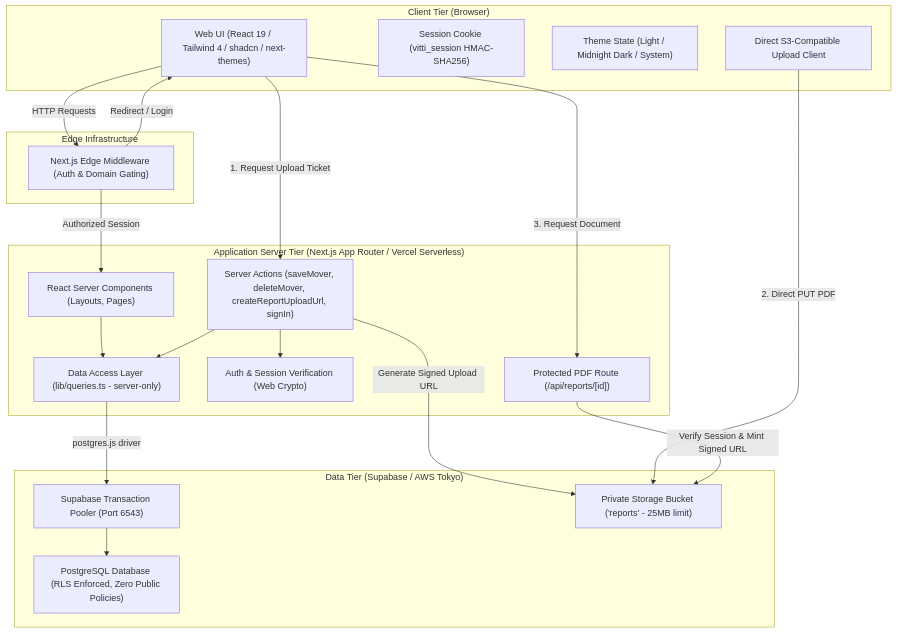
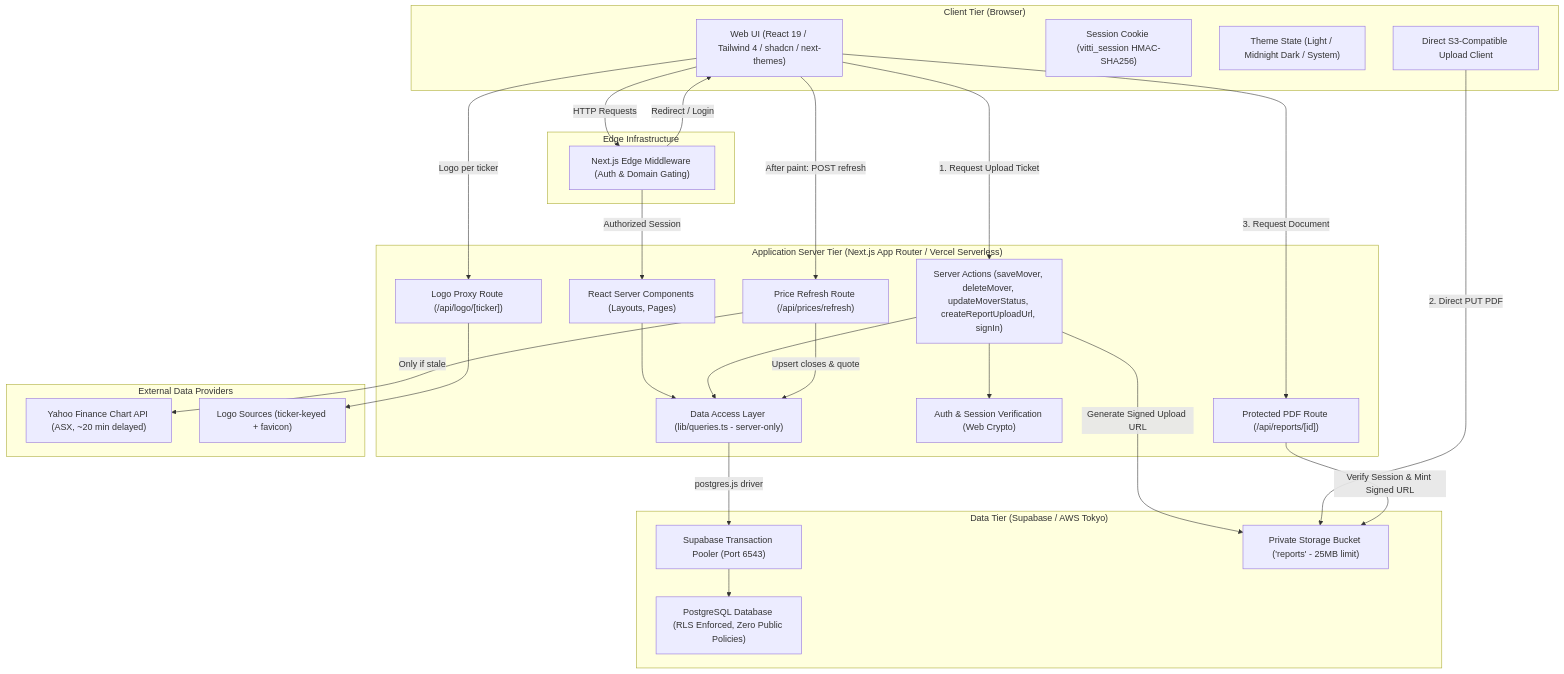
The first of 3 diagrams in docs/HLD.md (Vitti-Capital-Tech/daily-movers-dashboard), drawn with Mermaid before and after one commit. The commit also changed other lines of this file and 18 other files, not shown here.

````diff
--- a/docs/HLD.md
+++ b/docs/HLD.md
@@ -37,43 +37,57 @@
 ```mermaid
 graph TD
     subgraph Client["Client Tier (Browser)"]
         UI["Web UI (React 19 / Tailwind 4 / shadcn / next-themes)"]
         Cookie["Session Cookie (vitti_session HMAC-SHA256)"]
         Theme["Theme State (Light / Midnight Dark / System)"]
         Uploader["Direct S3-Compatible Upload Client"]
     end
 
     subgraph Edge["Edge Infrastructure"]
         MW["Next.js Edge Middleware (Auth & Domain Gating)"]
     end
 
     subgraph Server["Application Server Tier (Next.js App Router / Vercel Serverless)"]
         RSC["React Server Components (Layouts, Pages)"]
-        SA["Server Actions (saveMover, deleteMover, createReportUploadUrl, signIn)"]
+        SA["Server Actions (saveMover, deleteMover, updateMoverStatus, createReportUploadUrl, signIn)"]
         PDFRoute["Protected PDF Route (/api/reports/[id])"]
+        PriceRoute["Price Refresh Route (/api/prices/refresh)"]
+        LogoRoute["Logo Proxy Route (/api/logo/[ticker])"]
         AuthLayer["Auth & Session Verification (Web Crypto)"]
         QueryLayer["Data Access Layer (lib/queries.ts - server-only)"]
+    end
+
+    subgraph External["External Data Providers"]
+        Yahoo["Yahoo Finance Chart API (ASX, ~20 min delayed)"]
+        LogoCDN["Logo Sources (ticker-keyed + favicon)"]
     end
 
     subgraph Database["Data Tier (Supabase / AWS Tokyo)"]
         Pooler["Supabase Transaction Pooler (Port 6543)"]
         Postgres["PostgreSQL Database (RLS Enforced, Zero Public Policies)"]
         Storage["Private Storage Bucket ('reports' - 25MB limit)"]
     end
 
     UI -->|HTTP Requests| MW
     MW -->|Authorized Session| RSC
     MW -->|Redirect / Login| UI
     RSC --> QueryLayer
     SA --> AuthLayer
     SA --> QueryLayer
     QueryLayer -->|postgres.js driver| Pooler
     Pooler --> Postgres
 
     %% Upload and Download flows
     UI -->|1. Request Upload Ticket| SA
     SA -->|Generate Signed Upload URL| Storage
     Uploader -->|2. Direct PUT PDF| Storage
     UI -->|3. Request Document| PDFRoute
     PDFRoute -->|Verify Session & Mint Signed URL| Storage
+
+    %% Automatic price refresh (pull-based, no cron)
+    UI -->|After paint: POST refresh| PriceRoute
+    PriceRoute -->|Only if stale| Yahoo
+    PriceRoute -->|Upsert closes & quote| QueryLayer
+    UI -->|Logo per ticker| LogoRoute
+    LogoRoute --> LogoCDN
 ```
````
